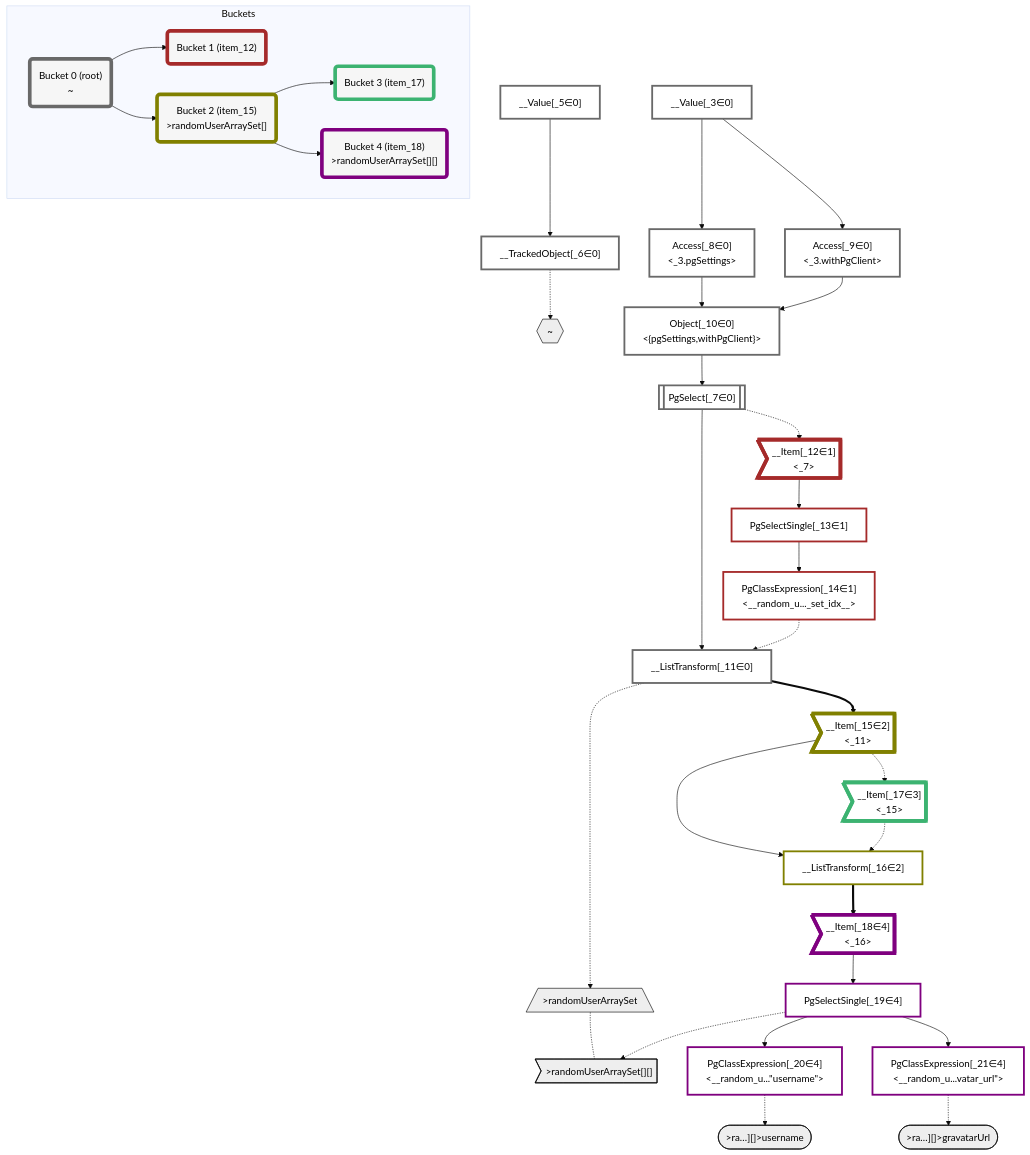
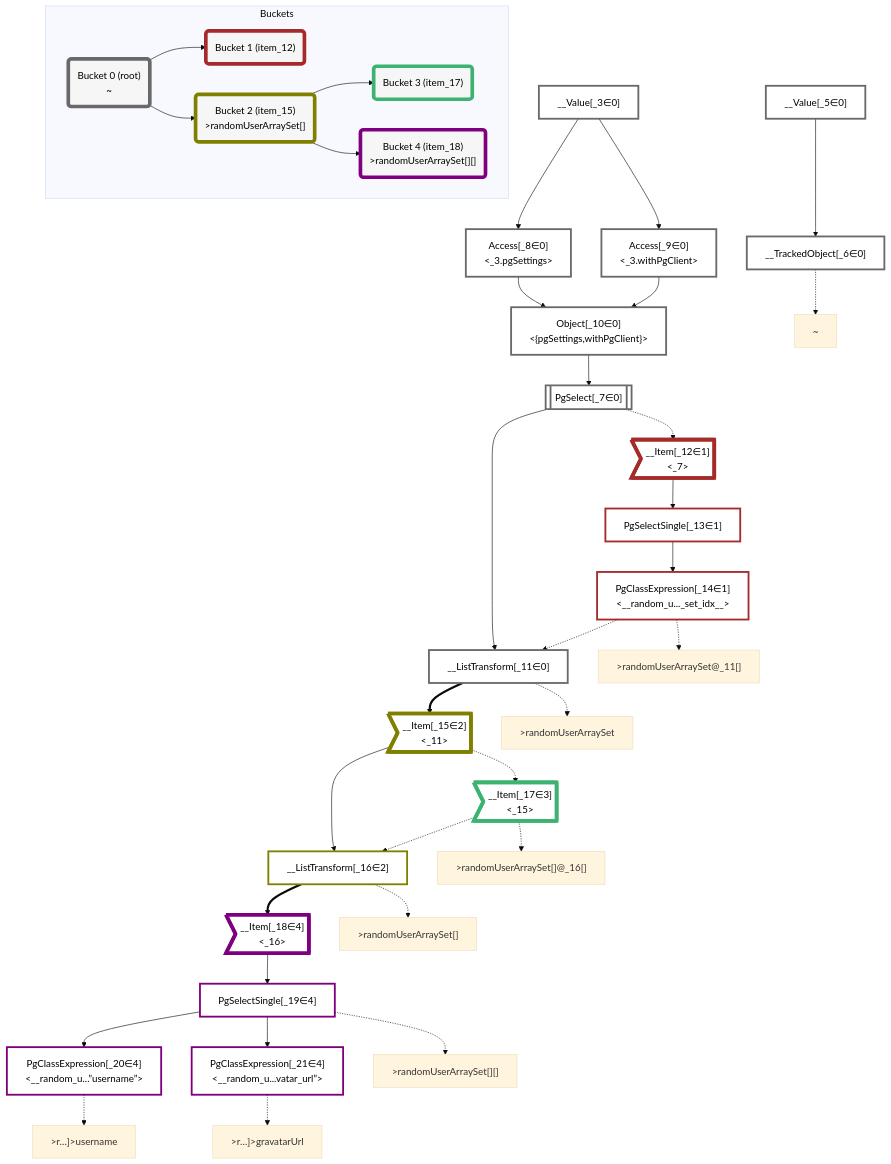
The diagram in packages/dataplan-pg/__tests__/queries/functions/custom-query-random-user-array-set.mermaid.md (graphile/crystal), drawn with Mermaid (base theme) before and after one commit. The commit also changed 195 other files, not shown here.

```diff
--- a/packages/dataplan-pg/__tests__/queries/functions/custom-query-random-user-array-set.mermaid.md
+++ b/packages/dataplan-pg/__tests__/queries/functions/custom-query-random-user-array-set.mermaid.md
@@ -6,17 +6,6 @@
     classDef sideeffectplan fill:#f00,stroke-width:6px,color:#000
     classDef bucket fill:#f6f6f6,color:#000,stroke-width:6px
 
-    %% subgraph fields
-    P1{{"~"}}:::path
-    P2[/">randomUserArraySet"\]:::path
-    P3>">randomUserArraySet[][]"]:::path
-    P2 -.- P3
-    P4([">ra…][]>username"]):::path
-    %% P3 -.-> P4
-    P5([">ra…][]>gravatarUrl"]):::path
-    %% P3 -.-> P5
-    %% P1 -.-> P2
-    %% end
 
     %% define plans
     __Value_3["__Value[_3∈0]<br /><context>"]:::plan
@@ -35,8 +24,8 @@
     __Item_17>"__Item[_17∈3]<br /><_15>"]:::itemplan
     __Item_18>"__Item[_18∈4]<br /><_16>"]:::itemplan
     PgSelectSingle_19["PgSelectSingle[_19∈4]<br /><random_user_array_set>"]:::plan
-    PgClassExpression_20["PgClassExpression[_20∈4]<br /><__random_u...#quot;username#quot;>"]:::plan
-    PgClassExpression_21["PgClassExpression[_21∈4]<br /><__random_u...vatar_url#quot;>"]:::plan
+    PgClassExpression_20["PgClassExpression[_20∈4]<br /><__random_u...”username”>"]:::plan
+    PgClassExpression_21["PgClassExpression[_21∈4]<br /><__random_u...vatar_url”>"]:::plan
 
     %% plan dependencies
     __Value_5 --> __TrackedObject_6
@@ -60,11 +49,22 @@
     PgSelectSingle_19 --> PgClassExpression_21
 
     %% plan-to-path relationships
+    P1["~"]
     __TrackedObject_6 -.-> P1
-    __ListTransform_11 -.-> P2
-    PgSelectSingle_19 -.-> P3
-    PgClassExpression_20 -.-> P4
-    PgClassExpression_21 -.-> P5
+    P2[">randomUserArraySet@_11[]"]
+    PgClassExpression_14 -.-> P2
+    P3[">randomUserArraySet"]
+    __ListTransform_11 -.-> P3
+    P4[">randomUserArraySet[]@_16[]"]
+    __Item_17 -.-> P4
+    P5[">randomUserArraySet[]"]
+    __ListTransform_16 -.-> P5
+    P6[">randomUserArraySet[][]"]
+    PgSelectSingle_19 -.-> P6
+    P7[">r…]>username"]
+    PgClassExpression_20 -.-> P7
+    P8[">r…]>gravatarUrl"]
+    PgClassExpression_21 -.-> P8
 
     %% allocate buckets
     classDef bucket0 stroke:#696969
```
